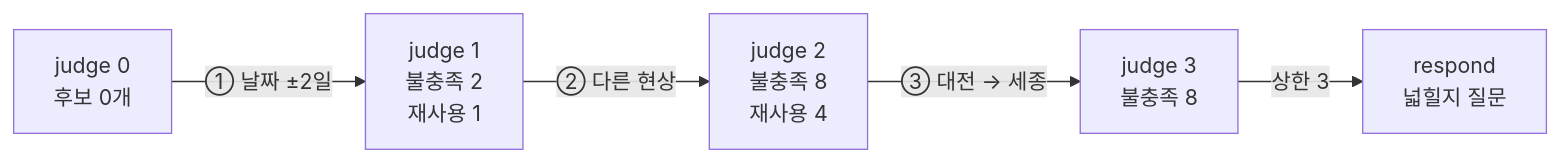
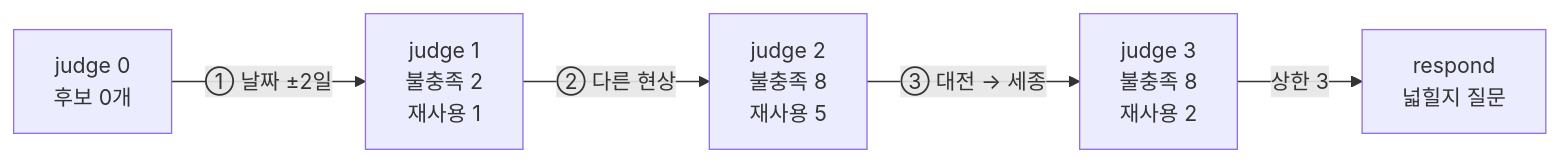
The second of 2 diagrams in docs/RUN_LOG_SAMPLE.md (bnbong/Astrowatch), drawn with Mermaid before and after one commit. The commit also changed other lines of this file and 41 other files, not shown here.

````diff
--- a/docs/RUN_LOG_SAMPLE.md
+++ b/docs/RUN_LOG_SAMPLE.md
@@ -112,7 +124,7 @@
 ```mermaid
 flowchart LR
   J0["judge 0<br/>후보 0개"] -->|"① 날짜 ±2일"| J1["judge 1<br/>불충족 2<br/>재사용 1"]
-  J1 -->|"② 다른 현상"| J2["judge 2<br/>불충족 8<br/>재사용 4"]
-  J2 -->|"③ 대전 → 세종"| J3["judge 3<br/>불충족 8"]
+  J1 -->|"② 다른 현상"| J2["judge 2<br/>불충족 8<br/>재사용 5"]
+  J2 -->|"③ 대전 → 세종"| J3["judge 3<br/>불충족 8<br/>재사용 2"]
   J3 -->|상한 3| R[respond<br/>넓힐지 질문]
 ```
````
